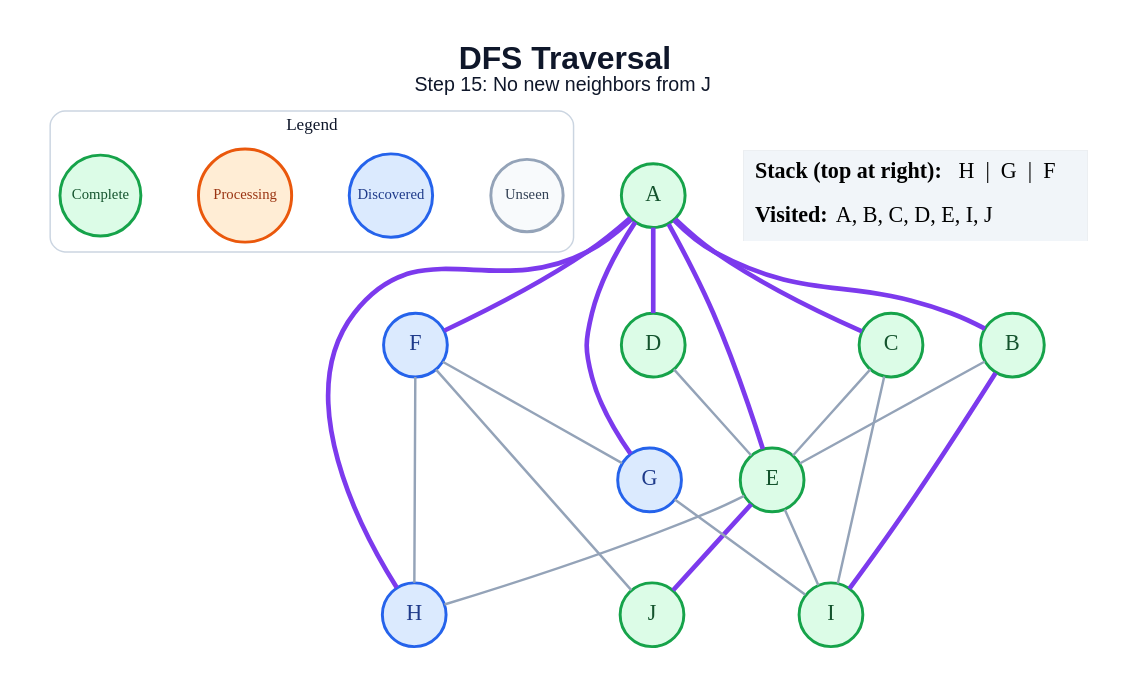
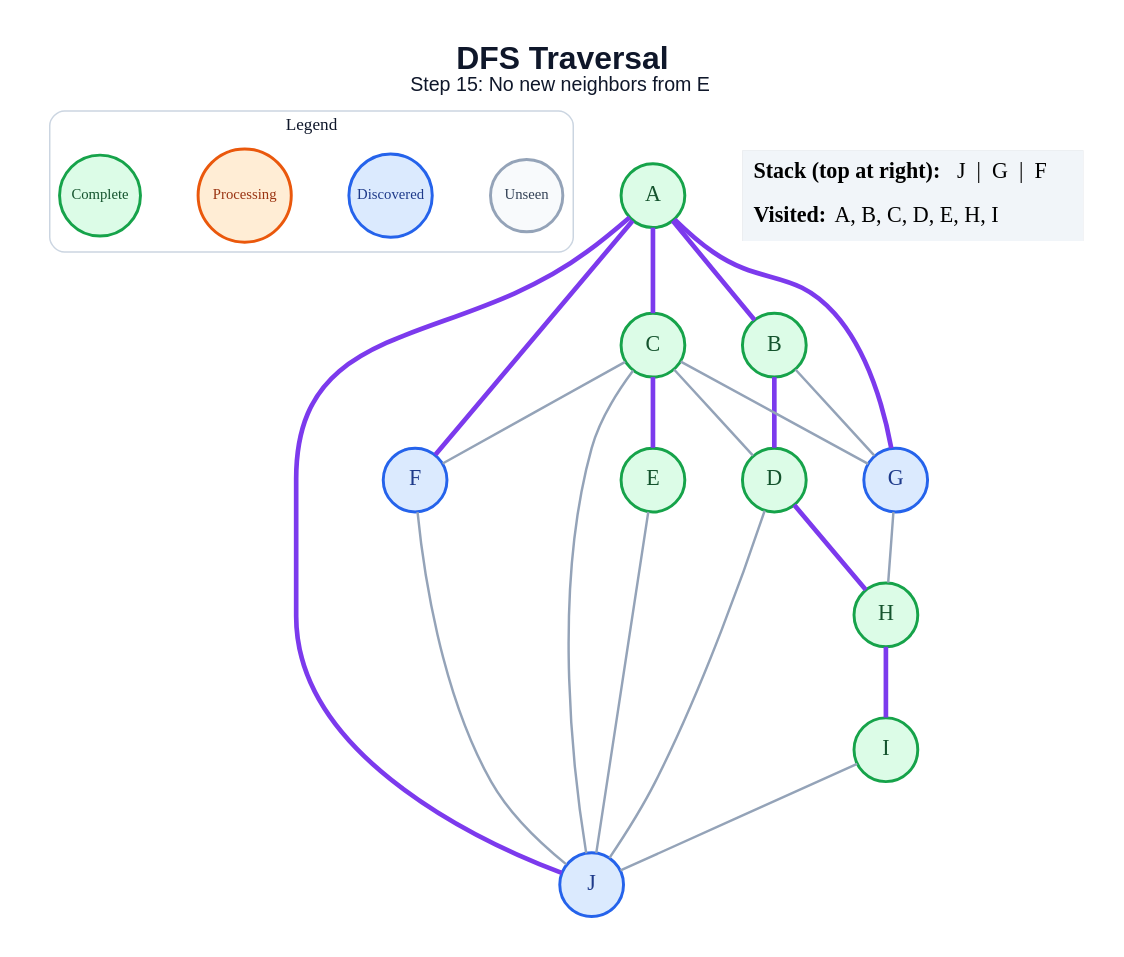
One commit to anon7238593-create/ai-slop changed the diagram in generated/dfs/step_15.dot. Above: the diagram before and after it, drawn with Graphviz. The commit also changed 178 other files, not shown here.

```diff
--- a/generated/dfs/step_15.dot
+++ b/generated/dfs/step_15.dot
@@ -1,48 +1,48 @@
 graph traversal {
   graph [layout=dot, rankdir=TB, bgcolor="#FFFFFF", pad="0.35", nodesep="0.65", ranksep="0.8", fontname="Arial"];
   node [shape=circle, style="filled", fontname="Arial Bold", fontsize=18, width=0.72, fixedsize=true, penwidth=2.4];
   edge [color="#94A3B8", penwidth=2.0];
-  label=<<B>DFS Traversal</B><BR/><FONT POINT-SIZE="16">Step 15: No new neighbors from J</FONT>>; labelloc="t"; fontsize=26; fontname="Arial"; fontcolor="#0F172A";
+  label=<<B>DFS Traversal</B><BR/><FONT POINT-SIZE="16">Step 15: No new neighbors from E</FONT>>; labelloc="t"; fontsize=26; fontname="Arial"; fontcolor="#0F172A";
   subgraph cluster_legend { label="Legend"; color="#CBD5E1"; penwidth=1.2; style="rounded"; fontsize=14; fontname="Arial Bold";
     key_unseen [label="Unseen", fillcolor="#F8FAFC", color="#94A3B8", fontcolor="#334155", fontsize=12, width=0.82];
     key_frontier [label="Discovered", fillcolor="#DBEAFE", color="#2563EB", fontcolor="#1E3A8A", fontsize=12, width=0.95];
     key_current [label="Processing", fillcolor="#FFEDD5", color="#EA580C", fontcolor="#9A3412", fontsize=12, width=1.05];
     key_done [label="Complete", fillcolor="#DCFCE7", color="#16A34A", fontcolor="#14532D", fontsize=12, width=0.92];
     { rank=same; key_unseen; key_frontier; key_current; key_done; }
   }
   A [fillcolor="#DCFCE7", color="#16A34A", fontcolor="#14532D"];
   B [fillcolor="#DCFCE7", color="#16A34A", fontcolor="#14532D"];
   C [fillcolor="#DCFCE7", color="#16A34A", fontcolor="#14532D"];
   D [fillcolor="#DCFCE7", color="#16A34A", fontcolor="#14532D"];
   E [fillcolor="#DCFCE7", color="#16A34A", fontcolor="#14532D"];
   F [fillcolor="#DBEAFE", color="#2563EB", fontcolor="#1E3A8A"];
   G [fillcolor="#DBEAFE", color="#2563EB", fontcolor="#1E3A8A"];
-  H [fillcolor="#DBEAFE", color="#2563EB", fontcolor="#1E3A8A"];
+  H [fillcolor="#DCFCE7", color="#16A34A", fontcolor="#14532D"];
   I [fillcolor="#DCFCE7", color="#16A34A", fontcolor="#14532D"];
-  J [fillcolor="#DCFCE7", color="#16A34A", fontcolor="#14532D"];
+  J [fillcolor="#DBEAFE", color="#2563EB", fontcolor="#1E3A8A"];
   A -- B [color="#7C3AED", penwidth=3.8];
   A -- C [color="#7C3AED", penwidth=3.8];
-  A -- D [color="#7C3AED", penwidth=3.8];
-  A -- E [color="#7C3AED", penwidth=3.8];
   A -- F [color="#7C3AED", penwidth=3.8];
   A -- G [color="#7C3AED", penwidth=3.8];
-  A -- H [color="#7C3AED", penwidth=3.8];
-  B -- E;
-  B -- I [color="#7C3AED", penwidth=3.8];
-  C -- E;
-  C -- I;
-  D -- E;
-  E -- H;
-  E -- I;
-  E -- J [color="#7C3AED", penwidth=3.8];
-  F -- G;
-  F -- H;
+  A -- J [color="#7C3AED", penwidth=3.8];
+  B -- D [color="#7C3AED", penwidth=3.8];
+  B -- G;
+  C -- D;
+  C -- E [color="#7C3AED", penwidth=3.8];
+  C -- F;
+  C -- G;
+  C -- J;
+  D -- H [color="#7C3AED", penwidth=3.8];
+  D -- J;
+  E -- J;
   F -- J;
-  G -- I;
+  G -- H;
+  H -- I [color="#7C3AED", penwidth=3.8];
+  I -- J;
   status [shape=plain, fixedsize=false, width=0, height=0, margin=0, label=<
     <TABLE BORDER="0" CELLBORDER="0" CELLPADDING="7" BGCOLOR="#F1F5F9">
-      <TR><TD ALIGN="LEFT"><B>Stack (top at right):</B> H  |  G  |  F</TD></TR>
-      <TR><TD ALIGN="LEFT"><B>Visited:</B> A, B, C, D, E, I, J</TD></TR>
+      <TR><TD ALIGN="LEFT"><B>Stack (top at right):</B> J  |  G  |  F</TD></TR>
+      <TR><TD ALIGN="LEFT"><B>Visited:</B> A, B, C, D, E, H, I</TD></TR>
     </TABLE>
   >];
 }
```
